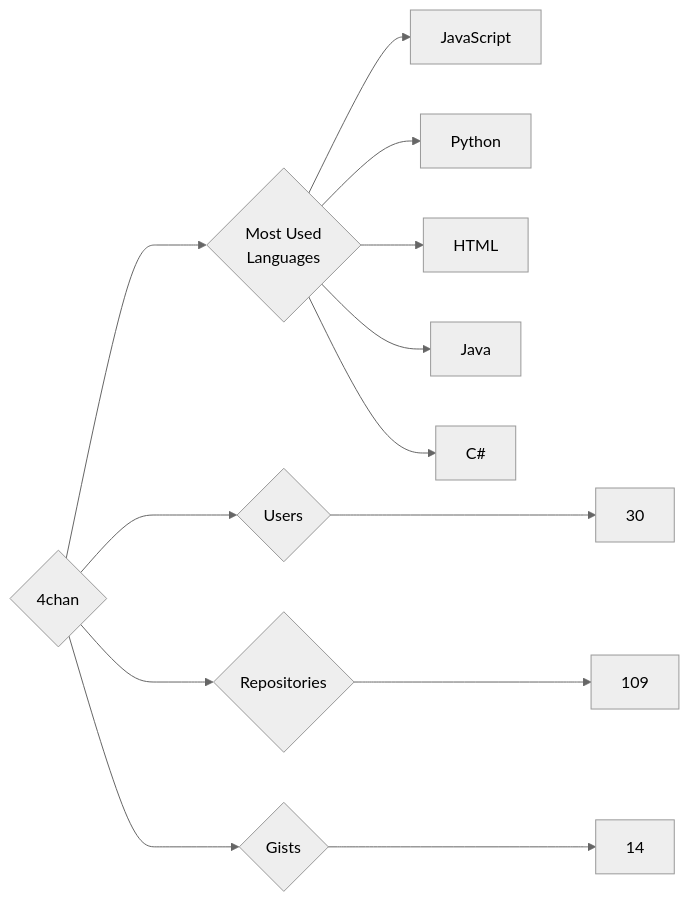
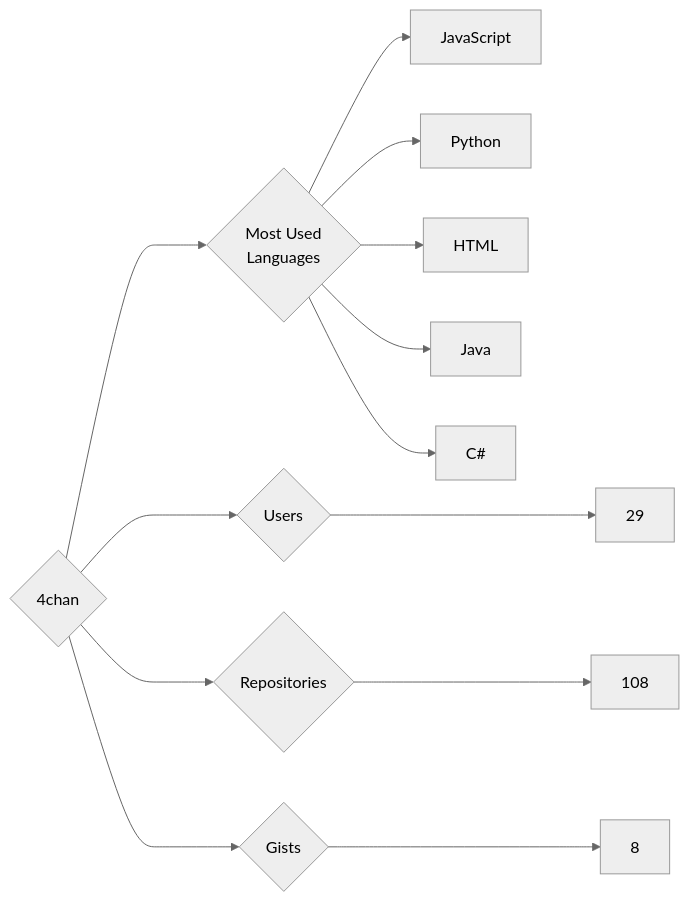
Before and after one commit to trickest/insiders: the diagram in targets/4chan/README.md, drawn with Mermaid (neutral theme). The commit also changed 874 other files, not shown here.

````diff
--- a/targets/4chan/README.md
+++ b/targets/4chan/README.md
@@ -3,13 +3,13 @@
 ```mermaid
 graph LR
 COMPANY_NAME{4chan}
-COMPANY_NAME ---> U{Users} ---> UN[30]
-COMPANY_NAME ---> R{Repositories} ---> RN[109]
-COMPANY_NAME ---> G{Gists} ---> GN[14]
+COMPANY_NAME ---> U{Users} ---> UN[29]
+COMPANY_NAME ---> R{Repositories} ---> RN[108]
+COMPANY_NAME ---> G{Gists} ---> GN[8]
 COMPANY_NAME ---> ML{Most Used<br>Languages}
 ML --> JavaScript[JavaScript]
 ML --> Python[Python]
 ML --> HTML[HTML]
 ML --> Java[Java]
 ML --> C#[C#]
 ```
````
